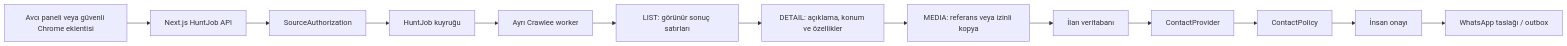
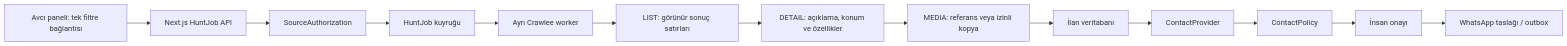
Before and after one commit to efeerenakar0/jpp: the diagram in docs/AVCI_CRAWLEE_ARCHITECTURE.md, drawn with Mermaid. The commit also changed other lines of this file and 9 other files, not shown here.

````diff
--- a/docs/AVCI_CRAWLEE_ARCHITECTURE.md
+++ b/docs/AVCI_CRAWLEE_ARCHITECTURE.md
@@ -9,29 +9,29 @@
 ```mermaid
 flowchart LR
-    UI["Avcı paneli veya güvenli Chrome eklentisi"]
+    UI["Avcı paneli: tek filtre bağlantısı"]
     API["Next.js HuntJob API"]
     AUTH["SourceAuthorization"]
     QUEUE["HuntJob kuyruğu"]
     WORKER["Ayrı Crawlee worker"]
     LIST["LIST: görünür sonuç satırları"]
     DETAIL["DETAIL: açıklama, konum ve özellikler"]
     MEDIA["MEDIA: referans veya izinli kopya"]
     DB["İlan veritabanı"]
     CP["ContactProvider"]
     POLICY["ContactPolicy"]
     HUMAN["İnsan onayı"]
     OUTBOX["WhatsApp taslağı / outbox"]
 
     UI --> API
     API --> AUTH
     AUTH --> QUEUE
     QUEUE --> WORKER
     WORKER --> LIST
     LIST --> DETAIL
     DETAIL --> MEDIA
     MEDIA --> DB
     DB --> CP
     CP --> POLICY
     POLICY --> HUMAN
     HUMAN --> OUTBOX
 ```
````
